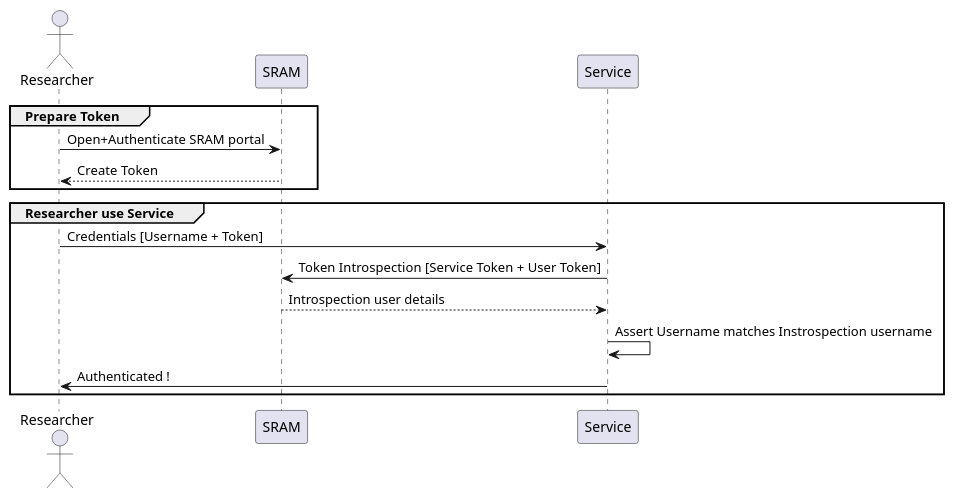
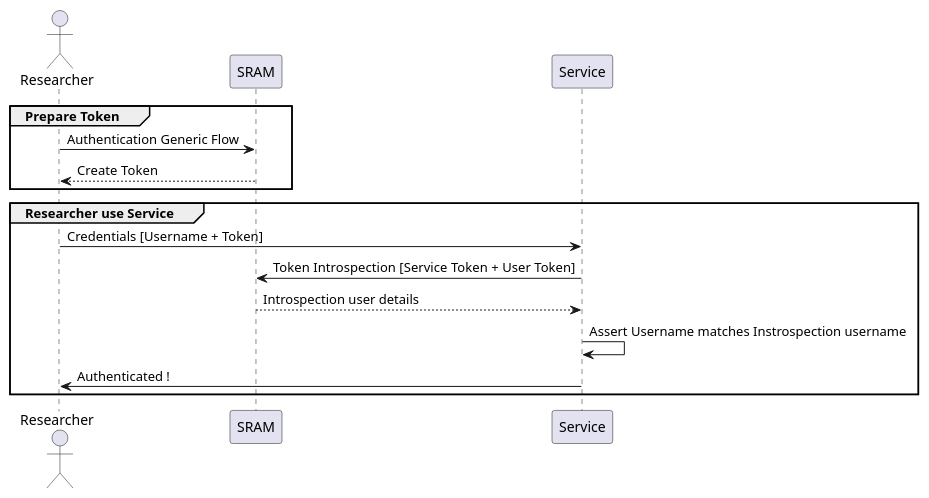
Before and after one commit to HarryKodden/SRAM-Token-Service: the diagram in assets/introspection.iuml, drawn with PlantUML. The commit also changed 5 other files, not shown here.

```diff
--- a/assets/introspection.iuml
+++ b/assets/introspection.iuml
@@ -1,14 +1,14 @@
 @startuml
 group Prepare Token
 actor Researcher
-Researcher -> SRAM: Open+Authenticate SRAM portal
+Researcher -> SRAM: Authentication Generic Flow
 Researcher <-- SRAM: Create Token
 end
 group Researcher use Service
 Researcher -> Service: Credentials [Username + Token]
 Service -> SRAM: Token Introspection [Service Token + User Token]
 SRAM --> Service: Introspection user details
 Service -> Service: Assert Username matches Instrospection username
 Service -> Researcher: Authenticated !
 end
 @enduml
```
